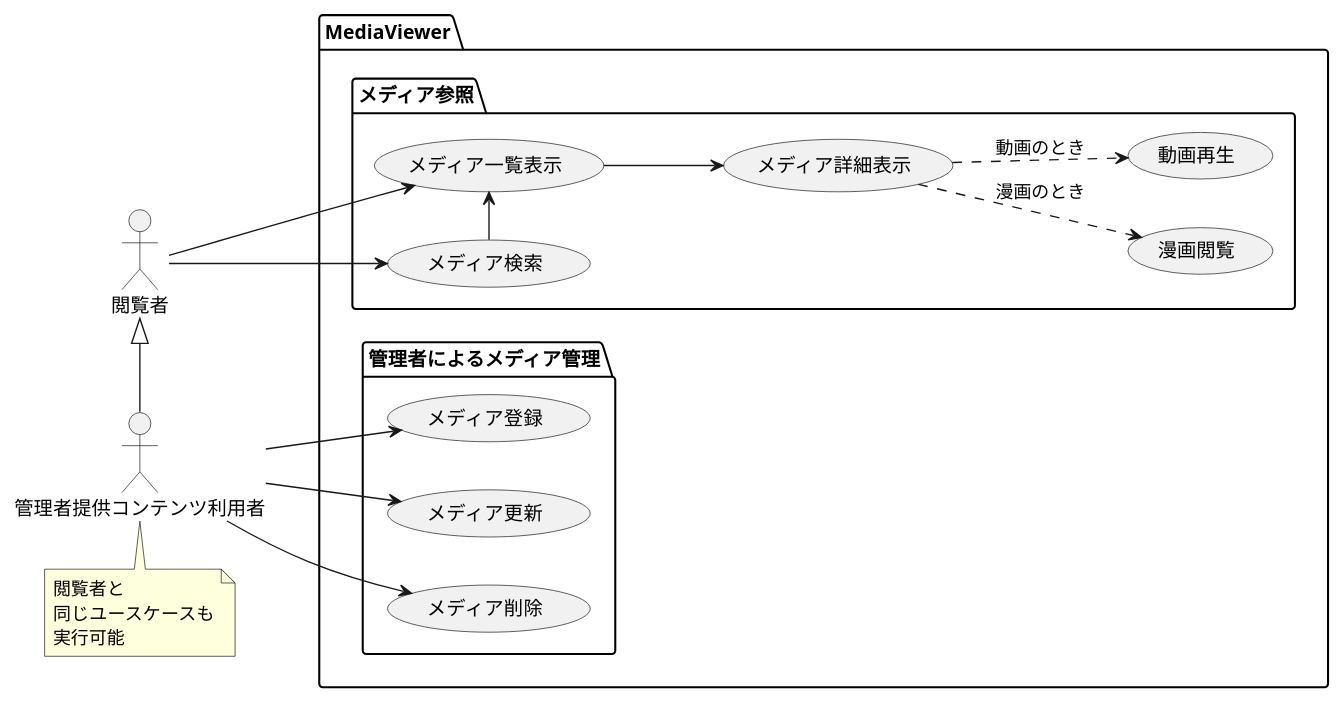
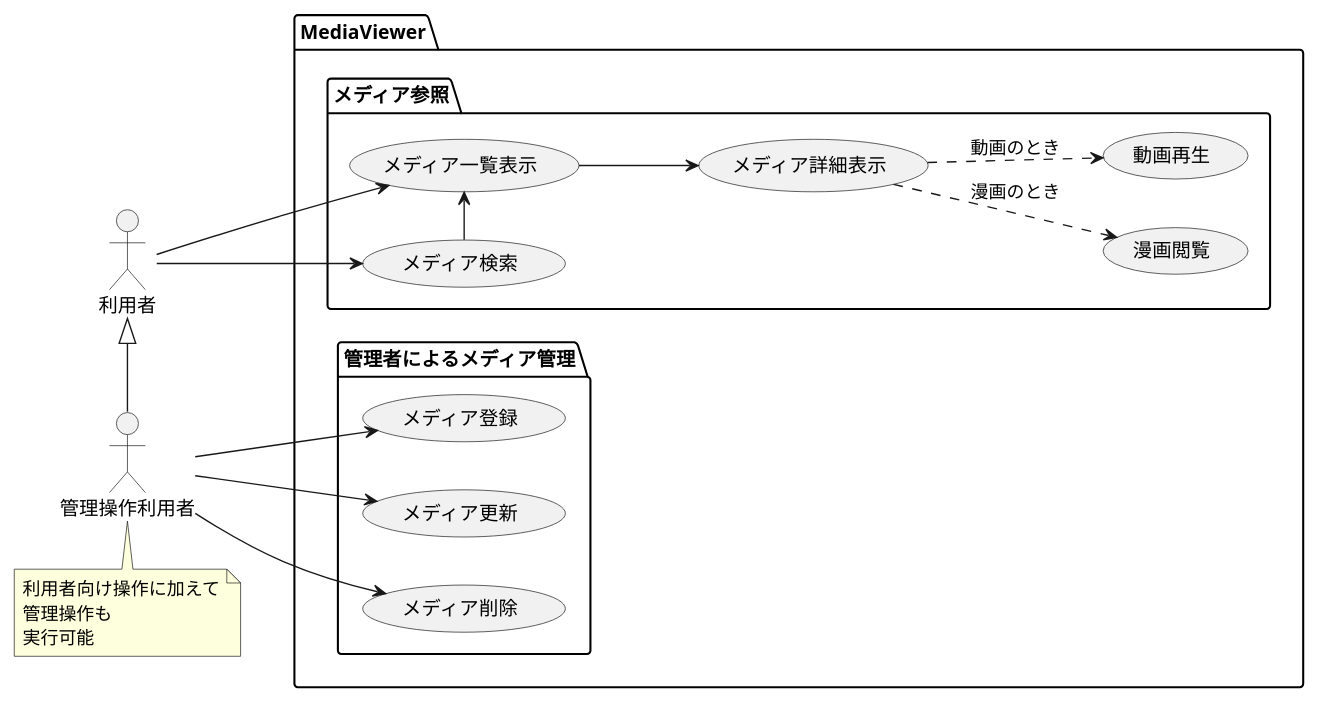
The diagram in doc/3_usecase/media/media.puml (hachimitu22/MangaViewer), drawn with PlantUML before and after one commit. The commit also changed 8 other files, not shown here.

```diff
--- a/doc/3_usecase/media/media.puml
+++ b/doc/3_usecase/media/media.puml
@@ -1,28 +1,28 @@
 @startuml
 left to right direction
-actor "閲覧者" as Viewer
-actor "管理者提供コンテンツ利用者" as Manager
+actor "利用者" as Viewer
+actor "管理操作利用者" as Manager
 
 note bottom of Manager
-    閲覧者と
-    同じユースケースも
+    利用者向け操作に加えて
+    管理操作も
     実行可能
 end note
 
 package "MediaViewer" {
     Viewer <|- Manager
     package "メディア参照" {
         Viewer --> (メディア一覧表示)
         Viewer --> (メディア検索)
         (メディア検索) -> (メディア一覧表示)
         (メディア一覧表示) --> (メディア詳細表示)
         (メディア詳細表示) ..> (漫画閲覧) : 漫画のとき
         (メディア詳細表示) ..> (動画再生) : 動画のとき
     }
     package "管理者によるメディア管理" {
         Manager --> (メディア登録)
         Manager --> (メディア更新)
         Manager --> (メディア削除)
     }
 }
 @enduml
```
